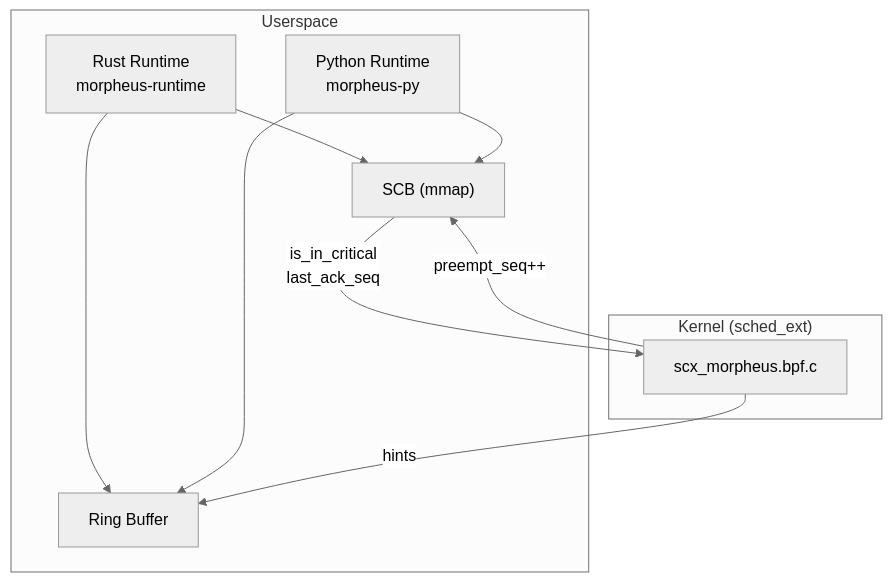
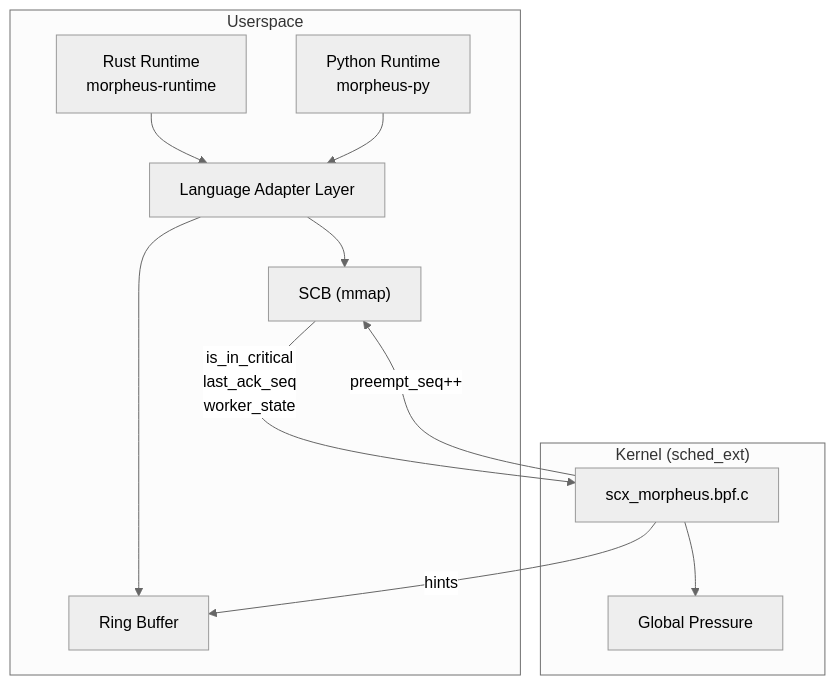
One commit to ankitkpandey1/Morpheus changed the first of 3 diagrams in ARCHITECTURE.md. Above: the diagram before and after it, drawn with Mermaid (neutral theme). The commit also changed other lines of this file and 1 other file, not shown here.

First line of the commit message:
Update README.md and ARCHITECTURE.md with architectural refinements

````diff
--- a/ARCHITECTURE.md
+++ b/ARCHITECTURE.md
@@ -9,19 +9,22 @@
 ```mermaid
 graph TB
     subgraph "Userspace"
         RT["Rust Runtime<br/>morpheus-runtime"]
         PY["Python Runtime<br/>morpheus-py"]
-        RT --> SCB["SCB (mmap)"]
-        PY --> SCB
-        RT --> RB["Ring Buffer"]
-        PY --> RB
+        ADAPT["Language Adapter Layer"]
+        RT --> ADAPT
+        PY --> ADAPT
+        ADAPT --> SCB["SCB (mmap)"]
+        ADAPT --> RB["Ring Buffer"]
     end
 
     subgraph "Kernel (sched_ext)"
         BPF["scx_morpheus.bpf.c"]
         BPF --> |"preempt_seq++"|SCB
         BPF --> |"hints"|RB
+        GP["Global Pressure"]
+        BPF --> GP
     end
 
-    SCB --> |"is_in_critical<br/>last_ack_seq"|BPF
+    SCB --> |"is_in_critical<br/>last_ack_seq<br/>worker_state"|BPF
 ```
````
